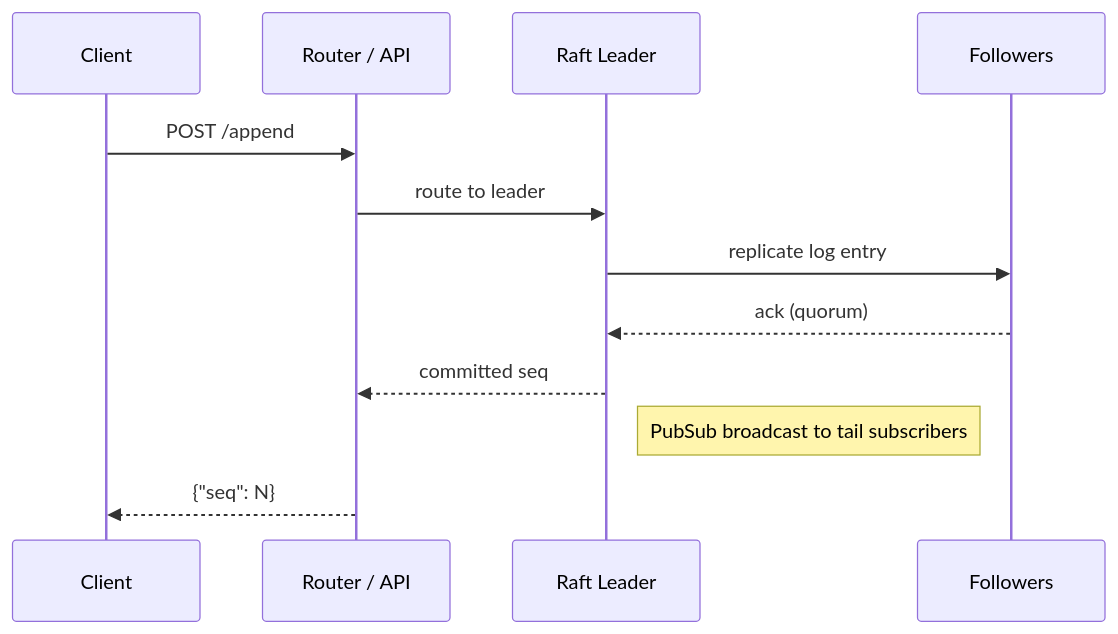
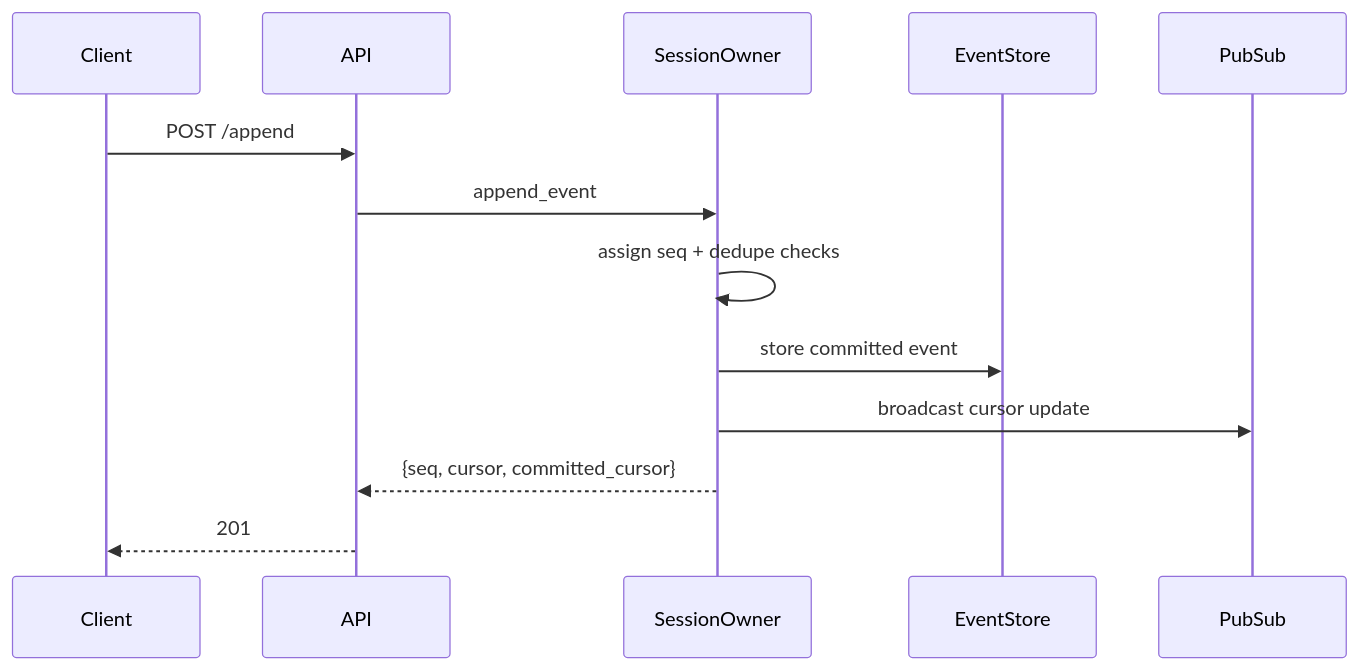
Before and after one commit to fastpaca/starcite: the first of 2 diagrams in docs/architecture.md, drawn with Mermaid. The commit also changed other lines of this file and 12 other files, not shown here.

````diff
--- a/docs/architecture.md
+++ b/docs/architecture.md
@@ -42,15 +44,16 @@
 ```mermaid
 sequenceDiagram
     participant C as Client
-    participant A as Router / API
-    participant L as Raft Leader
-    participant F as Followers
+    participant A as API
+    participant O as SessionOwner
+    participant E as EventStore
+    participant P as PubSub
 
     C->>A: POST /append
-    A->>L: route to leader
-    L->>F: replicate log entry
-    F-->>L: ack (quorum)
-    L-->>A: committed seq
-    Note right of L: PubSub broadcast to tail subscribers
-    A-->>C: {"seq": N}
+    A->>O: append_event
+    O->>O: assign seq + dedupe checks
+    O->>E: store committed event
+    O->>P: broadcast cursor update
+    O-->>A: {seq, cursor, committed_cursor}
+    A-->>C: 201
 ```
````
